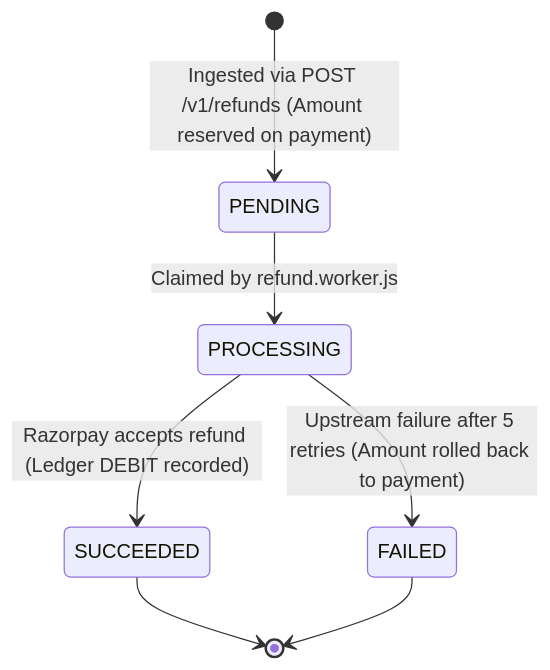
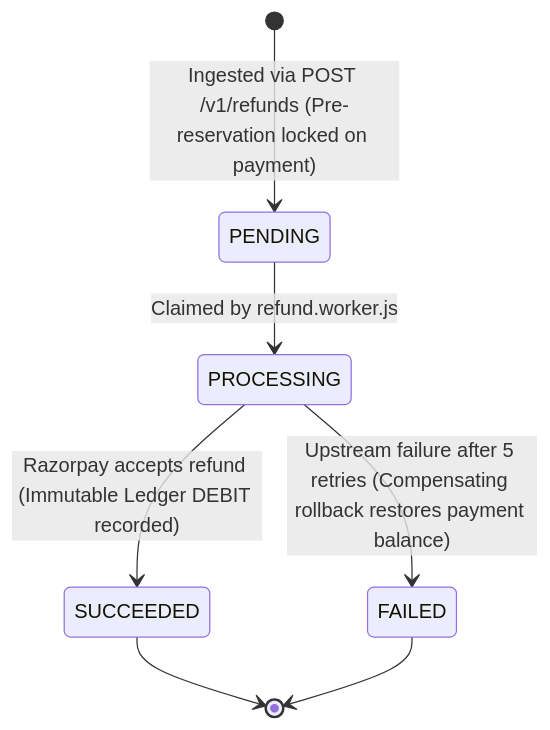
Before and after one commit to buildwithrishabh/Event-Driven-Payment-Gateway: the fourth of 4 diagrams in ARCHITECTURE.md, drawn with Mermaid. The commit also changed other lines of this file, not shown here.

Commit message:
docs: overhaul ARCHITECTURE.md into comprehensive project mastery guide

````diff
--- a/ARCHITECTURE.md
+++ b/ARCHITECTURE.md
@@ -765,9 +512,10 @@
 ```mermaid
 stateDiagram-v2
-    [*] --> PENDING: Ingested via POST /v1/refunds (Amount reserved on payment)
+    [*] --> PENDING: Ingested via POST /v1/refunds (Pre-reservation locked on payment)
     PENDING --> PROCESSING: Claimed by refund.worker.js
-    PROCESSING --> SUCCEEDED: Razorpay accepts refund (Ledger DEBIT recorded)
-    PROCESSING --> FAILED: Upstream failure after 5 retries (Amount rolled back to payment)
+    PROCESSING --> SUCCEEDED: Razorpay accepts refund (Immutable Ledger DEBIT recorded)
+    PROCESSING --> FAILED: Upstream failure after 5 retries (Compensating rollback restores payment balance)
+
     SUCCEEDED --> [*]
     FAILED --> [*]
 ```
````
